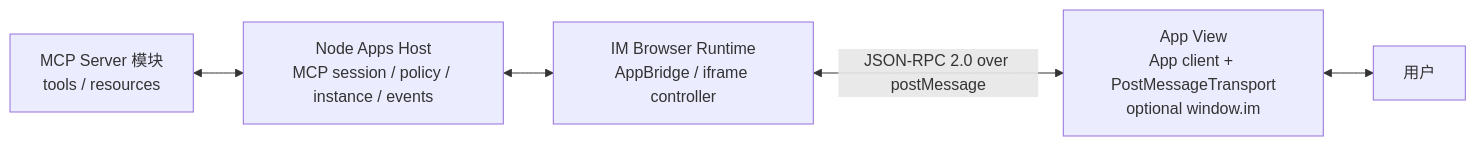
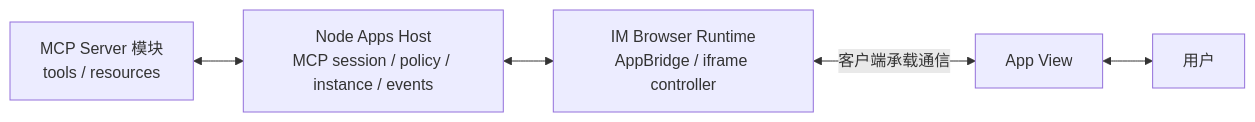
The first of 2 diagrams in docs/design/claude-agent/mcp-apps-client-host-communication.md (glide-the/im-dream), drawn with Mermaid before and after one commit. The commit also changed other lines of this file and 6 other files, not shown here.

````diff
--- a/docs/design/claude-agent/mcp-apps-client-host-communication.md
+++ b/docs/design/claude-agent/mcp-apps-client-host-communication.md
@@ -57,7 +57,7 @@
 ```mermaid
 flowchart LR
     S["MCP Server 模块<br/>tools / resources"] <--> N["Node Apps Host<br/>MCP session / policy / instance / events"]
     N <--> B["IM Browser Runtime<br/>AppBridge / iframe controller"]
-    B <-->|"JSON-RPC 2.0 over postMessage"| V["App View<br/>App client + PostMessageTransport<br/>optional window.im"]
+    B <-->|"客户端承载通信"| V["App View"]
     V <--> U["用户"]
 ```
````
